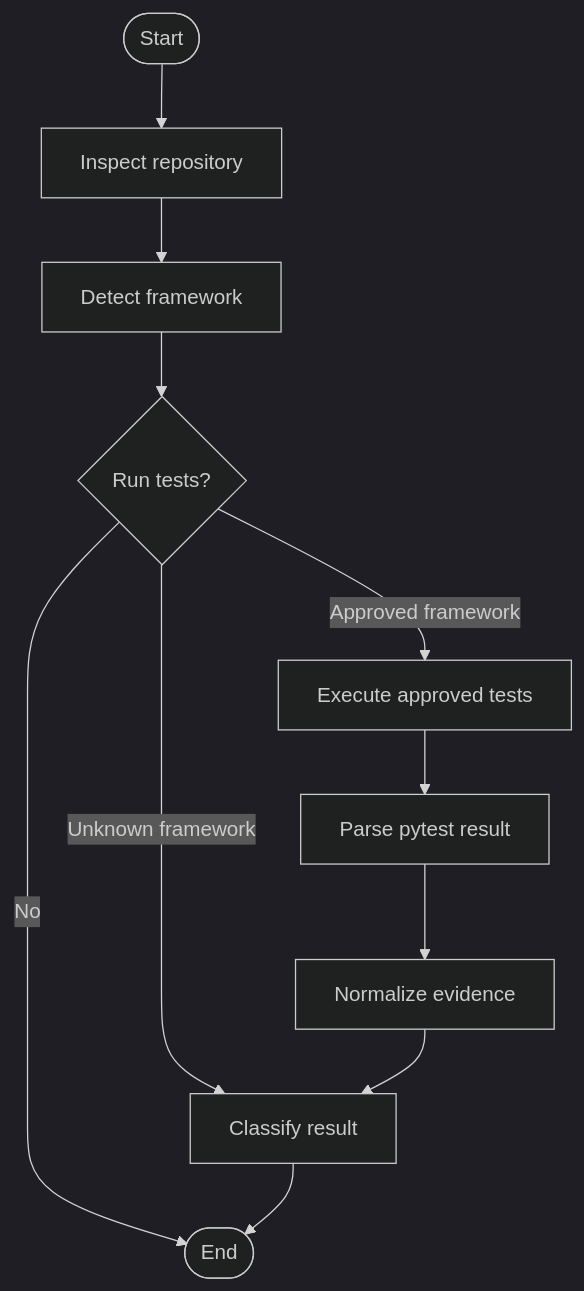
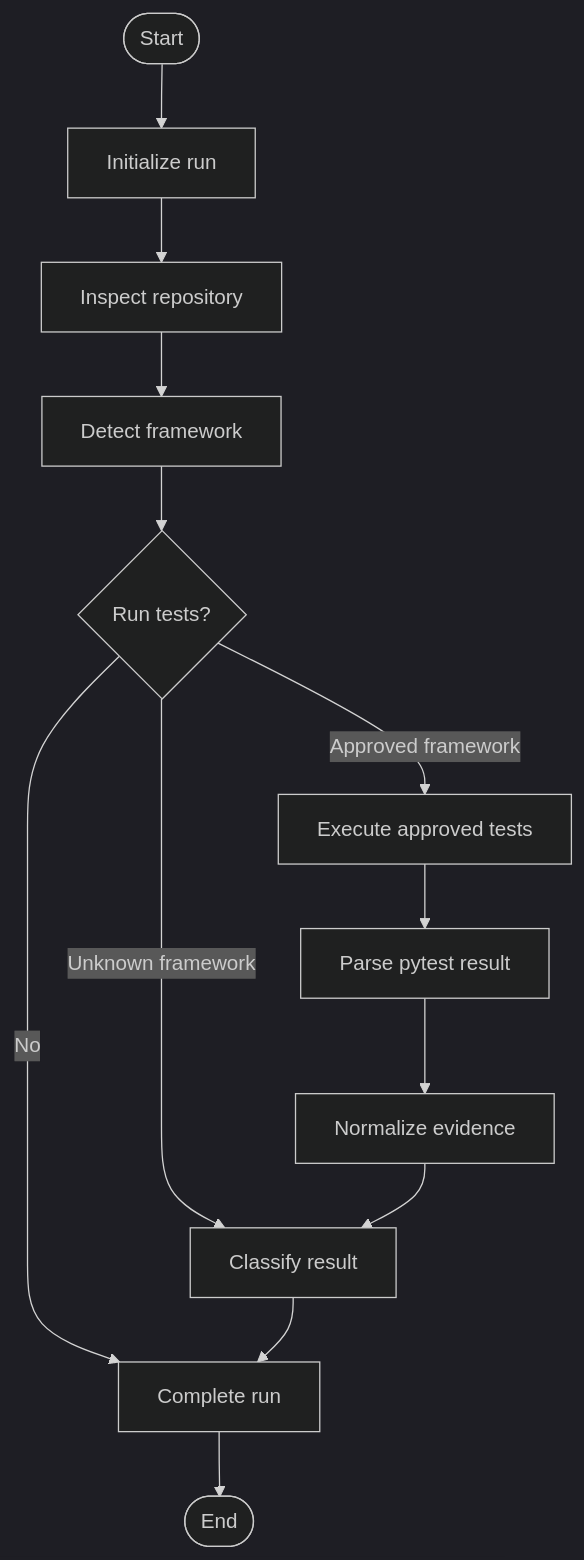
The second of 2 diagrams in docs/architecture.md (Br111t/agent-ops), drawn with Mermaid (dark theme) before and after one commit. The commit also changed other lines of this file and 4 other files, not shown here.

````diff
--- a/docs/architecture.md
+++ b/docs/architecture.md
@@ -65,13 +67,15 @@
 ```mermaid
 flowchart TD
-    Start([Start]) --> Inspect[Inspect repository]
+    Start([Start]) --> Initialize[Initialize run]
+    Initialize --> Inspect[Inspect repository]
     Inspect --> Detect[Detect framework]
     Detect --> Route{Run tests?}
-    Route -- No --> End([End])
+    Route -- No --> Complete[Complete run]
     Route -- Unknown framework --> Classify[Classify result]
     Route -- Approved framework --> Execute[Execute approved tests]
     Execute --> Parse[Parse pytest result]
     Parse --> Normalize[Normalize evidence]
     Normalize --> Classify
-    Classify --> End
+    Classify --> Complete
+    Complete --> End([End])
 ```
````
